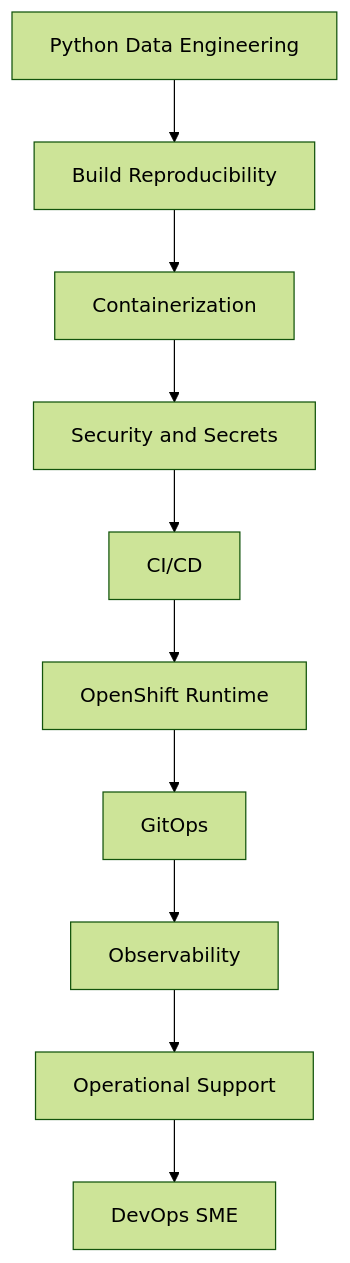
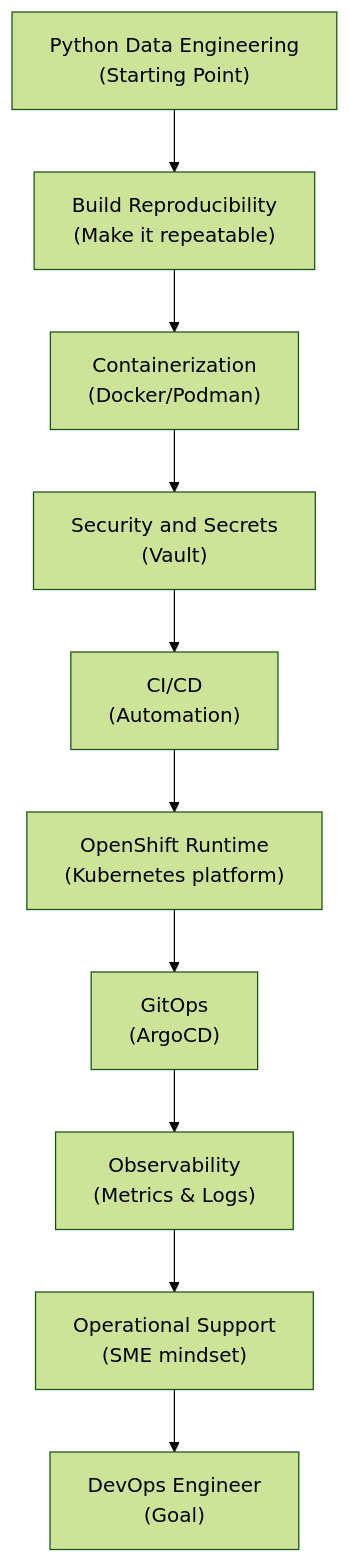
One commit to KondaReddyR/devops changed the diagram in book/chapters/00-orientation-and-roadmap.md. Above: the diagram before and after it, drawn with Mermaid (forest theme). The commit also changed other lines of this file and 1 other file, not shown here.

Commit message:
docs: improve chapter 00 orientation and roadmap

````diff
--- a/book/chapters/00-orientation-and-roadmap.md
+++ b/book/chapters/00-orientation-and-roadmap.md
@@ -15,12 +40,12 @@
 ```mermaid
 flowchart TD
-    A["Python Data Engineering"] --> B["Build Reproducibility"]
-    B --> C["Containerization"]
-    C --> D["Security and Secrets"]
-    D --> E["CI/CD"]
-    E --> F["OpenShift Runtime"]
-    F --> G["GitOps"]
-    G --> H["Observability"]
-    H --> I["Operational Support"]
-    I --> J["DevOps SME"]
+    A["Python Data Engineering\n(Starting Point)"] --> B["Build Reproducibility\n(Make it repeatable)"]
+    B --> C["Containerization\n(Docker/Podman)"]
+    C --> D["Security and Secrets\n(Vault)"]
+    D --> E["CI/CD\n(Automation)"]
+    E --> F["OpenShift Runtime\n(Kubernetes platform)"]
+    F --> G["GitOps\n(ArgoCD)"]
+    G --> H["Observability\n(Metrics & Logs)"]
+    H --> I["Operational Support\n(SME mindset)"]
+    I --> J["DevOps Engineer\n(Goal)"]
 ```
````
